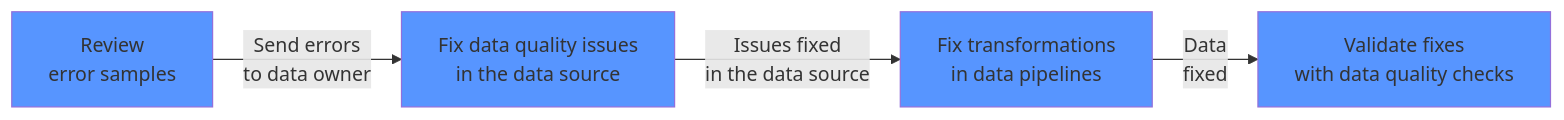
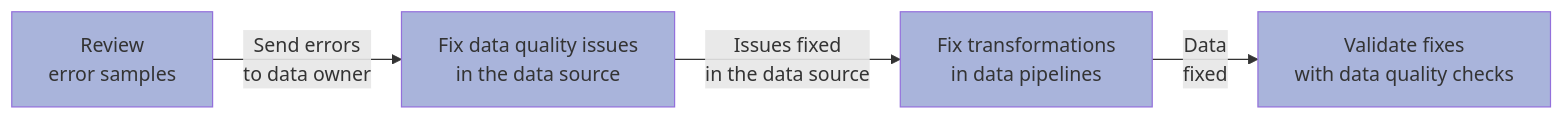
Before and after one commit to dqops/dqo: the fourth of 5 diagrams in docs/dqo-concepts/data-quality-process.md, drawn with Mermaid. The commit also changed other lines of this file, not shown here.

````diff
--- a/docs/dqo-concepts/data-quality-process.md
+++ b/docs/dqo-concepts/data-quality-process.md
@@ -152,8 +152,8 @@
 ``` mermaid
 graph LR
   REVIEW_ERROR_SAMPLES[Review<br/>error samples]:::step --> |Send errors<br/>to data owner| FIX_IN_DATA_SOURCE[Fix data quality issues<br/>in the data source]:::step;
   FIX_IN_DATA_SOURCE --> |Issues fixed<br/>in the data source| FIX_DATA_PIPELINES[Fix transformations<br/>in data pipelines]:::step; 
   FIX_DATA_PIPELINES --> |Data<br/>fixed| VALIDATE_WITH_CHECKS[Validate fixes<br/>with data quality checks]:::step;
   
-  classDef step fill:#5795ff;
+  classDef step fill:#A9B4DB;
 ```
````
